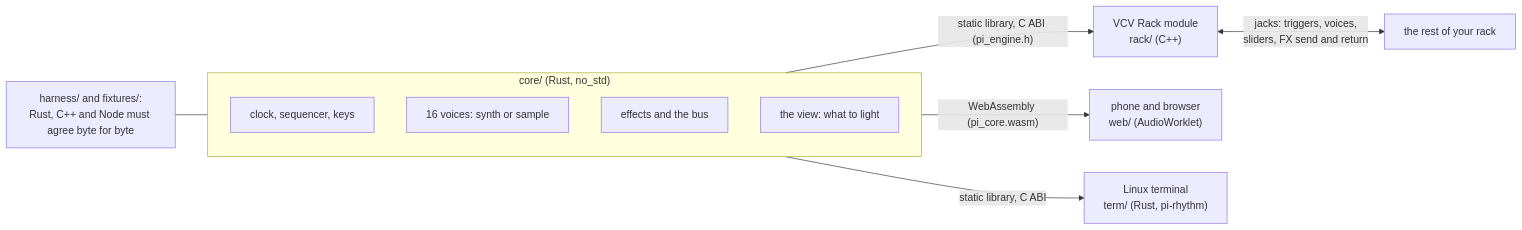
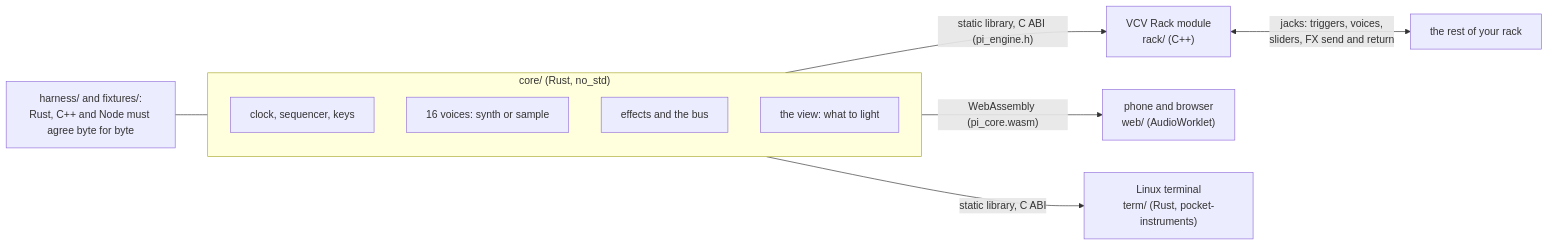
Before and after one commit to kinggs/pocket-instruments: the diagram in README.md, drawn with Mermaid. The commit also changed other lines of this file and 17 other files, not shown here.

First line of the commit message:
pocket-instruments: one command, an intro and a menu, and a config file (issue 122, build) (#124)

````diff
--- a/README.md
+++ b/README.md
@@ -150,14 +151,14 @@
 ```mermaid
 flowchart LR
   subgraph core["core/ (Rust, no_std)"]
     seq["clock, sequencer, keys"]
     voices["16 voices: synth or sample"]
     fx["effects and the bus"]
     view["the view: what to light"]
   end
   core -- "static library, C ABI (pi_engine.h)" --> rack["VCV Rack module<br/>rack/ (C++)"]
   core -- "WebAssembly (pi_core.wasm)" --> web["phone and browser<br/>web/ (AudioWorklet)"]
-  core -- "static library, C ABI" --> tui["Linux terminal<br/>term/ (Rust, pi-rhythm)"]
+  core -- "static library, C ABI" --> tui["Linux terminal<br/>term/ (Rust, pocket-instruments)"]
   rack <-- "jacks: triggers, voices,<br/>sliders, FX send and return" --> patch["the rest of your rack"]
   harness["harness/ and fixtures/:<br/>Rust, C++ and Node must agree byte for byte"] --- core
 ```
````
